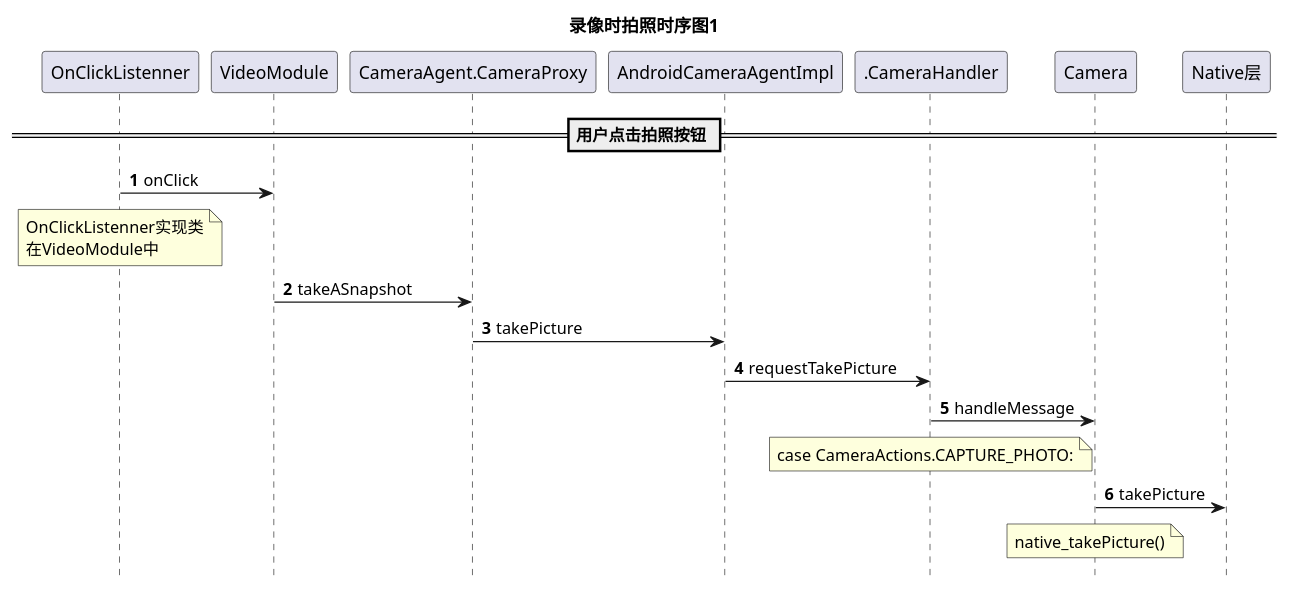
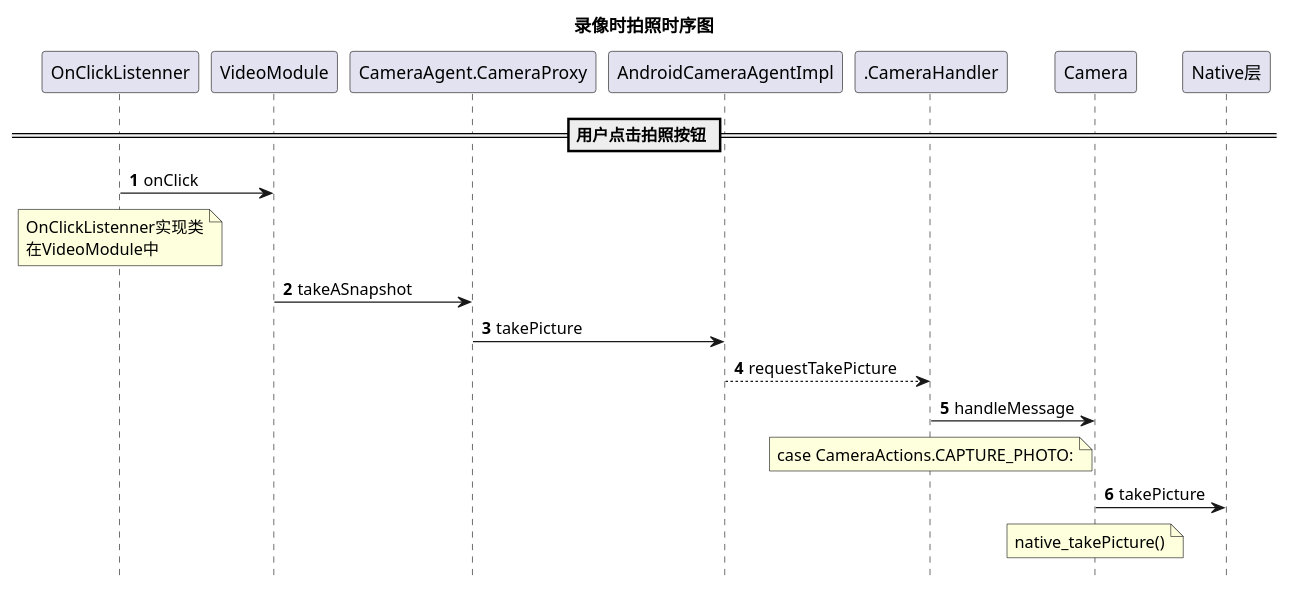
One commit to liuwenrong/Markdown changed the fourth of 5 diagrams in 100Work/140文档/Yota/141相机/2018-3-20相机.md. Above: the diagram before and after it, drawn with PlantUML. The commit also changed other lines of this file, not shown here.

````diff
--- a/100Work/140文档/Yota/141相机/2018-3-20相机.md
+++ b/100Work/140文档/Yota/141相机/2018-3-20相机.md
@@ -427,16 +428,16 @@
 ```plantuml!
 @startuml
-title 录像时拍照时序图1
+title 录像时拍照时序图
 hide footbox
 autonumber 1
 == 用户点击拍照按钮 ==
 OnClickListenner -> VideoModule : onClick
 note over OnClickListenner : OnClickListenner实现类\n在VideoModule中
 VideoModule -> CameraAgent.CameraProxy : takeASnapshot
 CameraAgent.CameraProxy -> AndroidCameraAgentImpl : takePicture
-AndroidCameraAgentImpl -> .CameraHandler : requestTakePicture
+AndroidCameraAgentImpl --> .CameraHandler : requestTakePicture
 .CameraHandler -> Camera : handleMessage
 note over .CameraHandler : case CameraActions.CAPTURE_PHOTO: 
 Camera -> Native层 : takePicture 
 note over Camera : native_takePicture()
 ```
````
